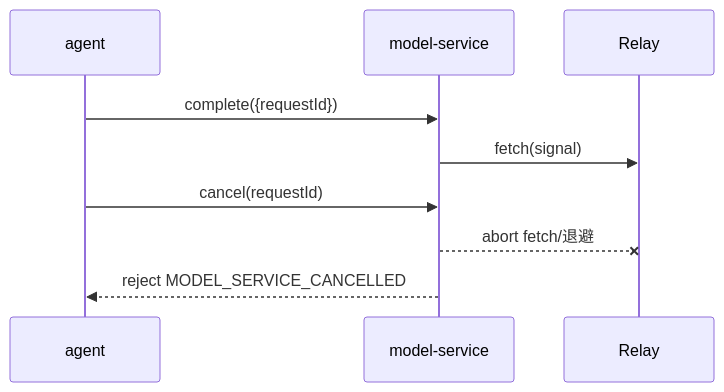
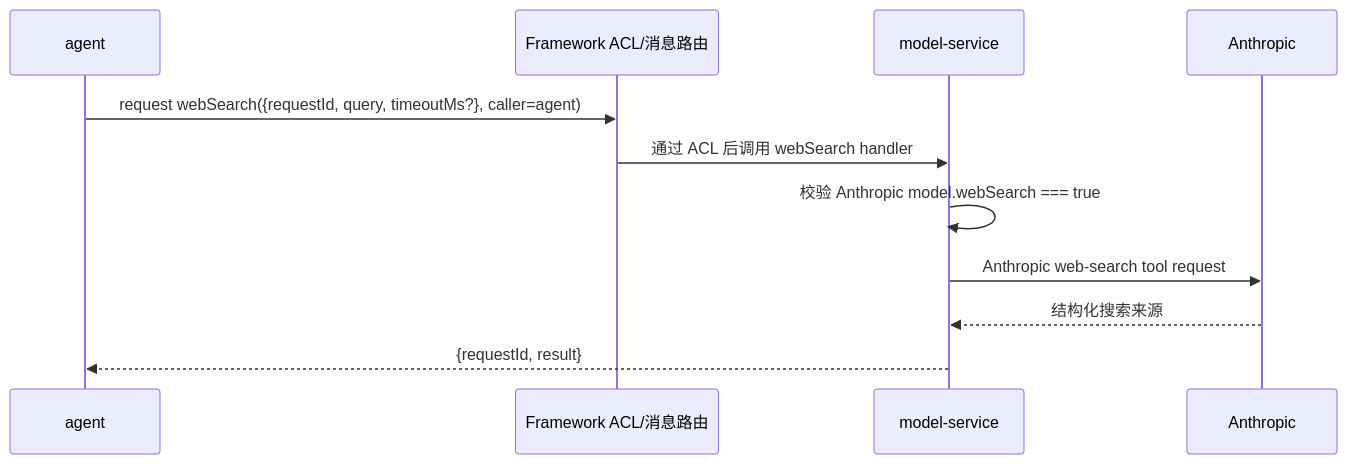
The second of 4 diagrams in docs/architecture/model-service-plugin.md (itharbors/harbors), drawn with Mermaid before and after one commit. The commit also changed other lines of this file and 14 other files, not shown here.

Commit message:
[Bug] 建立 Model Service 调用契约

````diff
--- a/docs/architecture/model-service-plugin.md
+++ b/docs/architecture/model-service-plugin.md
@@ -174,11 +266,13 @@
 ```mermaid
 sequenceDiagram
     participant A as agent
+    participant F as Framework ACL/消息路由
     participant M as model-service
-    participant R as Relay
-    A->>M: complete({requestId})
-    M->>R: fetch(signal)
-    A->>M: cancel(requestId)
-    M--xR: abort fetch/退避
-    M-->>A: reject MODEL_SERVICE_CANCELLED
+    participant R as Anthropic
+    A->>F: request webSearch({requestId, query, timeoutMs?}, caller=agent)
+    F->>M: 通过 ACL 后调用 webSearch handler
+    M->>M: 校验 Anthropic model.webSearch === true
+    M->>R: Anthropic web-search tool request
+    R-->>M: 结构化搜索来源
+    M-->>A: {requestId, result}
 ```
````
